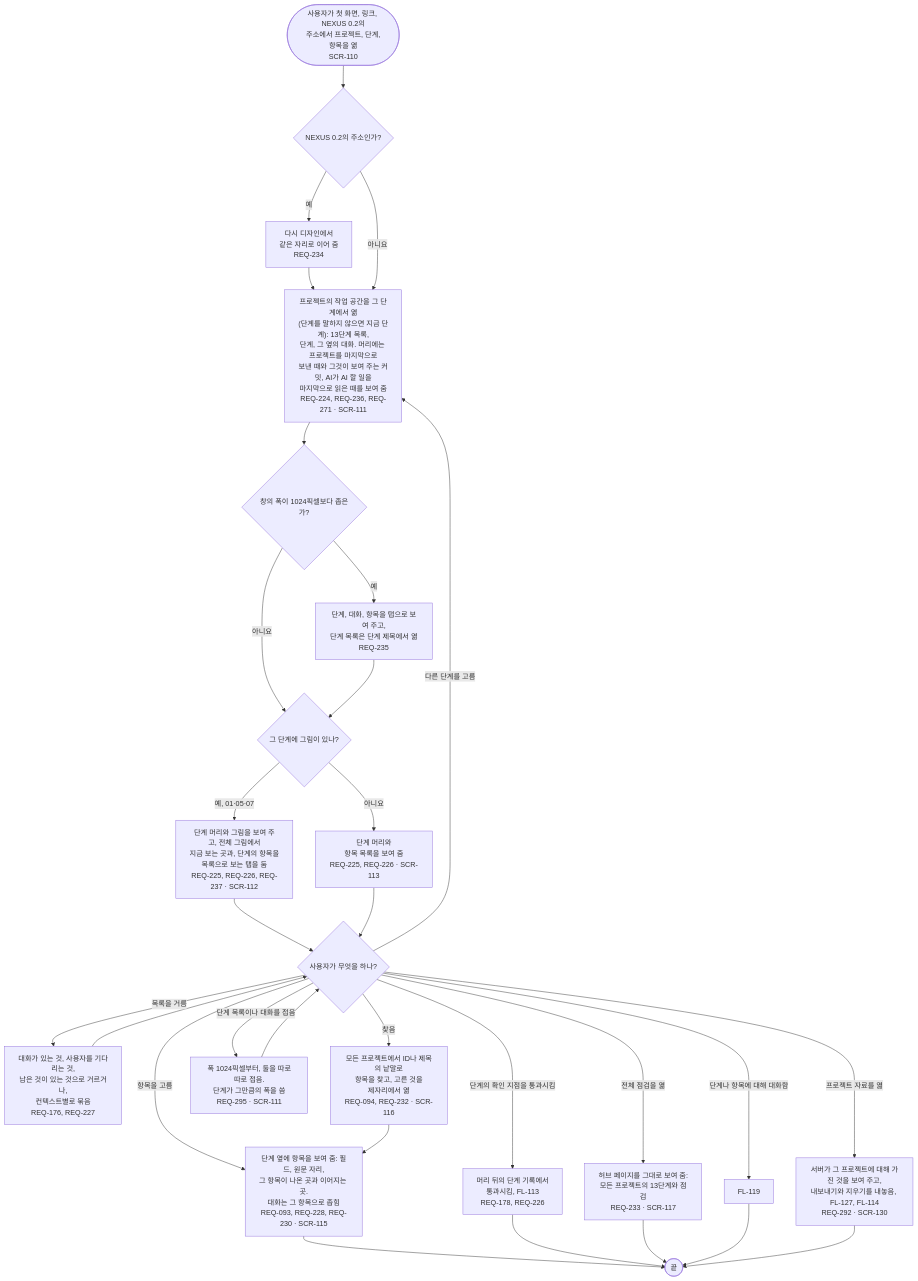
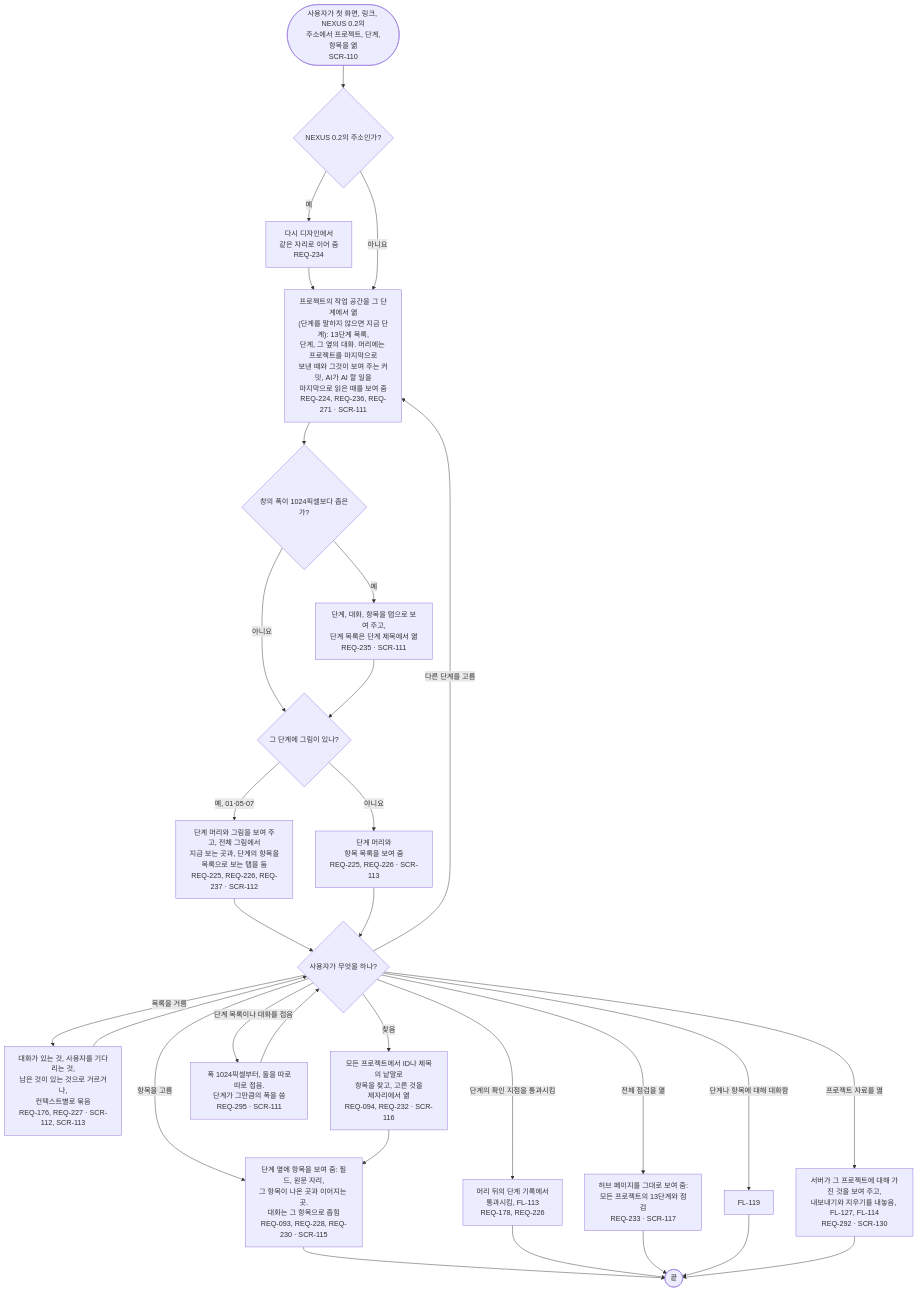
One commit to kodonghui/corthex-nexus changed the diagram in docs/03-user-flow/nexus/FL-118-find-the-way-in-a-project.ko.md. Above: the diagram before and after it, drawn with Mermaid. The commit also changed 22 other files, not shown here.

````diff
--- a/docs/03-user-flow/nexus/FL-118-find-the-way-in-a-project.ko.md
+++ b/docs/03-user-flow/nexus/FL-118-find-the-way-in-a-project.ko.md
@@ -9,32 +9,32 @@
 ```mermaid
 flowchart TD
   A(["사용자가 첫 화면, 링크, NEXUS 0.2의<br/>주소에서 프로젝트, 단계,<br/>항목을 엶<br/>SCR-110"]) --> B{"NEXUS 0.2의 주소인가?"}
   B -->|예| B1["다시 디자인에서<br/>같은 자리로 이어 줌<br/>REQ-234"]
   B1 --> C
   B -->|아니요| C["프로젝트의 작업 공간을 그 단계에서 엶<br/>(단계를 말하지 않으면 지금 단계): 13단계 목록,<br/>단계, 그 옆의 대화. 머리에는 프로젝트를 마지막으로<br/>보낸 때와 그것이 보여 주는 커밋, AI가 AI 할 일을<br/>마지막으로 읽은 때를 보여 줌<br/>REQ-224, REQ-236, REQ-271 · SCR-111"]
   C --> W{"창의 폭이 1024픽셀보다 좁은가?"}
-  W -->|예| W1["단계, 대화, 항목을 탭으로 보여 주고,<br/>단계 목록은 단계 제목에서 엶<br/>REQ-235"]
+  W -->|예| W1["단계, 대화, 항목을 탭으로 보여 주고,<br/>단계 목록은 단계 제목에서 엶<br/>REQ-235 · SCR-111"]
   W -->|아니요| D
   W1 --> D{"그 단계에 그림이 있나?"}
   D -->|예, 01·05·07| E["단계 머리와 그림을 보여 주고, 전체 그림에서<br/>지금 보는 곳과, 단계의 항목을<br/>목록으로 보는 탭을 둠<br/>REQ-225, REQ-226, REQ-237 · SCR-112"]
   D -->|아니요| F["단계 머리와<br/>항목 목록을 보여 줌<br/>REQ-225, REQ-226 · SCR-113"]
   E --> G{"사용자가 무엇을 하나?"}
   F --> G
-  G -->|목록을 거름| H["대화가 있는 것, 사용자를 기다리는 것,<br/>남은 것이 있는 것으로 거르거나,<br/>컨텍스트별로 묶음<br/>REQ-176, REQ-227"]
+  G -->|목록을 거름| H["대화가 있는 것, 사용자를 기다리는 것,<br/>남은 것이 있는 것으로 거르거나,<br/>컨텍스트별로 묶음<br/>REQ-176, REQ-227 · SCR-112, SCR-113"]
   H --> G
   G -->|항목을 고름| I["단계 옆에 항목을 보여 줌: 필드, 원문 자리,<br/>그 항목이 나온 곳과 이어지는 곳.<br/>대화는 그 항목으로 좁힘<br/>REQ-093, REQ-228, REQ-230 · SCR-115"]
   I --> Z(["끝"])
   G -->|다른 단계를 고름| C
   G -->|찾음| J["모든 프로젝트에서 ID나 제목의 낱말로<br/>항목을 찾고, 고른 것을<br/>제자리에서 엶<br/>REQ-094, REQ-232 · SCR-116"]
   J --> I
   G -->|단계의 확인 지점을 통과시킴| K["머리 뒤의 단계 기록에서<br/>통과시킴, FL-113<br/>REQ-178, REQ-226"]
   K --> Z
   G -->|전체 점검을 엶| L["허브 페이지를 그대로 보여 줌:<br/>모든 프로젝트의 13단계와 점검<br/>REQ-233 · SCR-117"]
   L --> Z
   G -->|단계나 항목에 대해 대화함| M["FL-119"]
   M --> Z
   G -->|단계 목록이나 대화를 접음| N["폭 1024픽셀부터, 둘을 따로따로 접음.<br/>단계가 그만큼의 폭을 씀<br/>REQ-295 · SCR-111"]
   N --> G
   G -->|프로젝트 자료를 엶| O["서버가 그 프로젝트에 대해 가진 것을 보여 주고,<br/>내보내기와 지우기를 내놓음, FL-127, FL-114<br/>REQ-292 · SCR-130"]
   O --> Z
 ```
````
